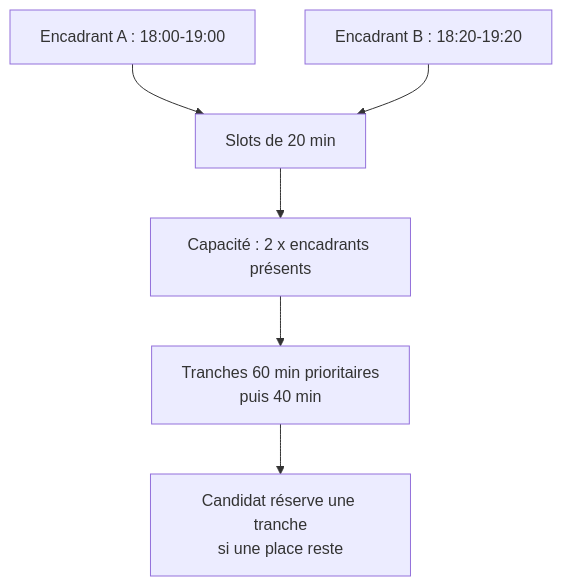
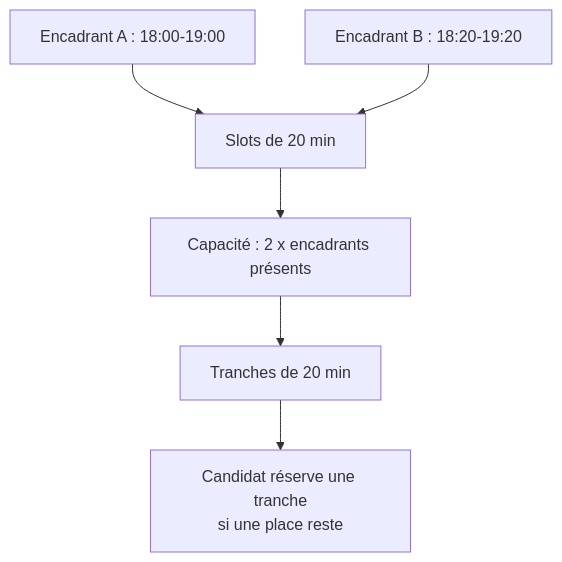
Before and after one commit to esca-caf-la-roche/portail: the third of 5 diagrams in docs/10-audit-abonnements-escalade.md, drawn with Mermaid. The commit also changed other lines of this file and 2 other files, not shown here.

````diff
--- a/docs/10-audit-abonnements-escalade.md
+++ b/docs/10-audit-abonnements-escalade.md
@@ -141,8 +142,8 @@
 ```mermaid
 flowchart TD
   A[Encadrant A : 18:00-19:00] --> S[Slots de 20 min]
   B[Encadrant B : 18:20-19:20] --> S
   S --> C[Capacité : 2 x encadrants présents]
-  C --> T[Tranches 60 min prioritaires\npuis 40 min]
+  C --> T[Tranches de 20 min]
   T --> R[Candidat réserve une tranche\nsi une place reste]
 ```
````
